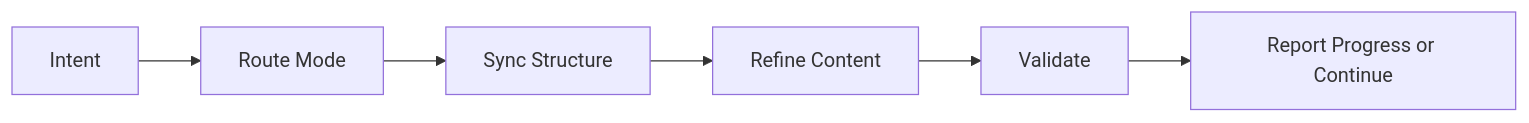
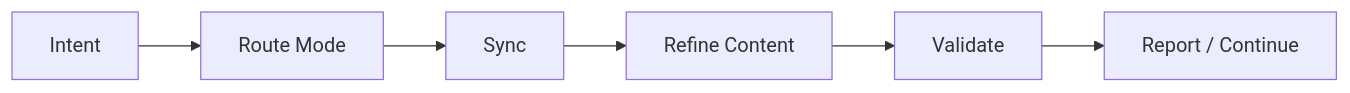
One commit to redcreen/project-assistant changed the second of 2 diagrams in docs/architecture.md. Above: the diagram before and after it, drawn with Mermaid. The commit also changed other lines of this file and 19 other files, not shown here.

````diff
--- a/docs/architecture.md
+++ b/docs/architecture.md
@@ -40,8 +34,8 @@
 ```mermaid
 flowchart LR
     A["Intent"] --> B["Route Mode"]
-    B --> C["Sync Structure"]
+    B --> C["Sync"]
     C --> D["Refine Content"]
     D --> E["Validate"]
-    E --> F["Report Progress or Continue"]
+    E --> F["Report / Continue"]
 ```
````
